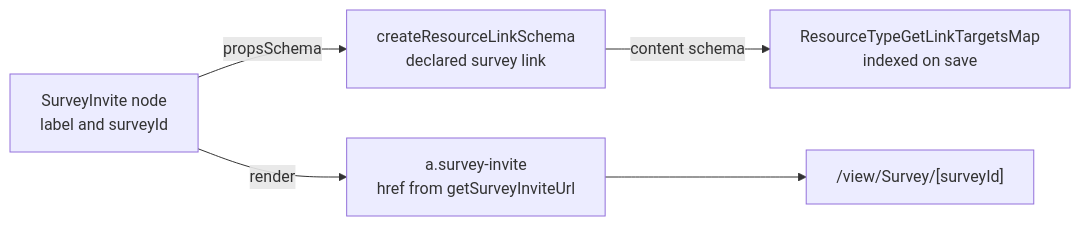
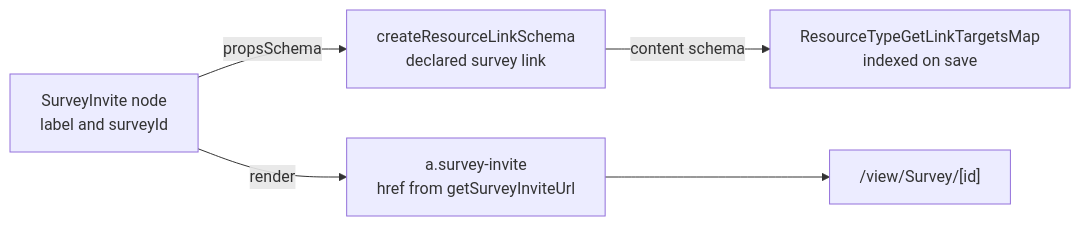
Before and after one commit to Esposter/Esposter: the diagram in openspec/specs/resource/webpage-survey-invite-blocks/design.md, drawn with Mermaid.

First paragraph of the commit message:
docs(webpage-survey-invite-blocks): the survey route in the diagram takes the param the route has
The diagram labelled the survey route with a surveyId parameter; the route is /view/[type]/[id], so the label now reads /view/Survey/[id], as the survey resource page writes it.

````diff
--- a/openspec/specs/resource/webpage-survey-invite-blocks/design.md
+++ b/openspec/specs/resource/webpage-survey-invite-blocks/design.md
@@ -9,7 +9,7 @@
 ```mermaid
 flowchart LR
   NODE["SurveyInvite node<br/>label and surveyId"] -->|"propsSchema"| LINK["createResourceLinkSchema<br/>declared survey link"]
   LINK -->|"content schema"| INDEX["ResourceTypeGetLinkTargetsMap<br/>indexed on save"]
   NODE -->|"render"| ANCHOR["a.survey-invite<br/>href from getSurveyInviteUrl"]
-  ANCHOR --> SURVEY["/view/Survey/[surveyId]"]
+  ANCHOR --> SURVEY["/view/Survey/[id]"]
 ```
````
